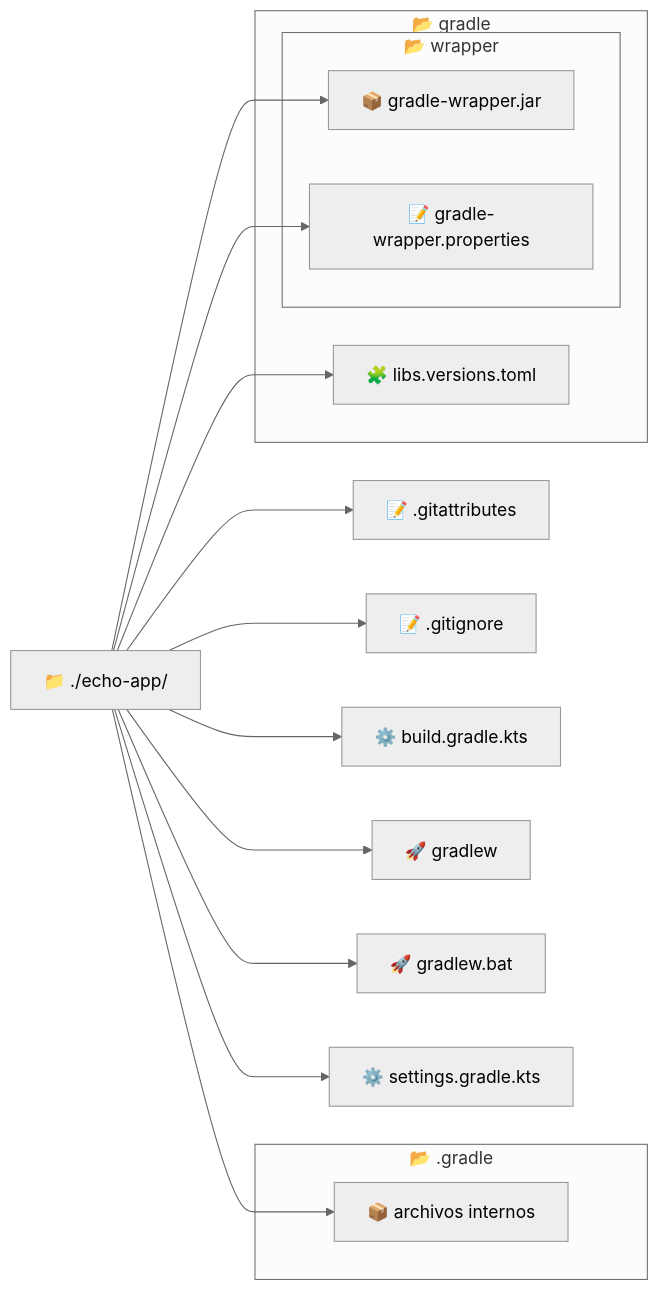
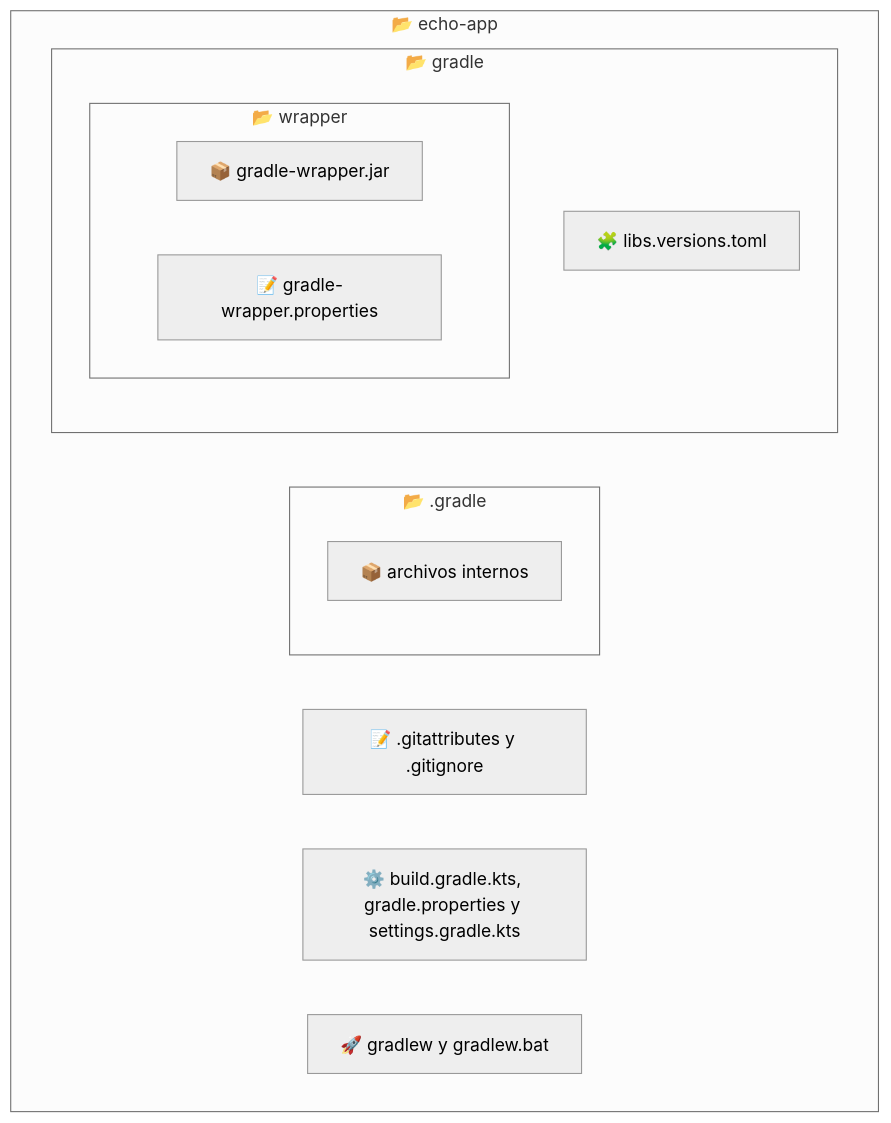
Before and after one commit to r8vnhill/dibs-docusaurus: the diagram in docs/build-systems/init/gradle.mdx, drawn with Mermaid (neutral theme). The commit also changed other lines of this file and 187 other files, not shown here.

````diff
--- a/docs/build-systems/init/gradle.mdx
+++ b/docs/build-systems/init/gradle.mdx
@@ -147,33 +187,27 @@
 ```mermaid
 graph LR
-    A[📁 ./echo-app/]
+    subgraph EchoApp [📂 echo-app]
+        direction LR
 
-    A1[📝 .gitattributes]
-    A2[📝 .gitignore]
-    A3[⚙️ build.gradle.kts]
-    A4[🚀 gradlew]
-    A5[🚀 gradlew.bat]
-    A6[⚙️ settings.gradle.kts]
-    A --> A1
-    A --> A2
-    A --> A3
-    A --> A4
-    A --> A5
-    A --> A6
+        subgraph DotGradle [📂 .gradle]
+            direction TB
+            G1[📦 archivos internos]
+        end
 
-    subgraph DotGradle [📂 .gradle]
-        G1[📦 archivos internos]
+        subgraph Gradle [📂 gradle]
+            direction TB
+
+            subgraph Wrapper [📂 wrapper]
+                direction LR
+                GradleWrapperJar[📦 gradle-wrapper.jar]
+                GradleWrapperProperties[📝 gradle-wrapper.properties]
+            end
+
+            LibsVersionsToml[🧩 libs.versions.toml]
+        end
+
+        GitAttributes[📝 .gitattributes y .gitignore]
+        BuildGradle[⚙️ build.gradle.kts, gradle.properties y settings.gradle.kts]
+        GradleWrapper[🚀 gradlew y gradlew.bat]
     end
-    A --> G1
-
-    subgraph GradleConfig [📂 gradle]
-        A81[🧩 libs.versions.toml]
-        subgraph GradleWrapper [📂 wrapper]
-            A821[📦 gradle-wrapper.jar]
-            A822[📝 gradle-wrapper.properties]
-        end
-    end
-    A --> A81
-    A --> A821
-    A --> A822
 ```
````
